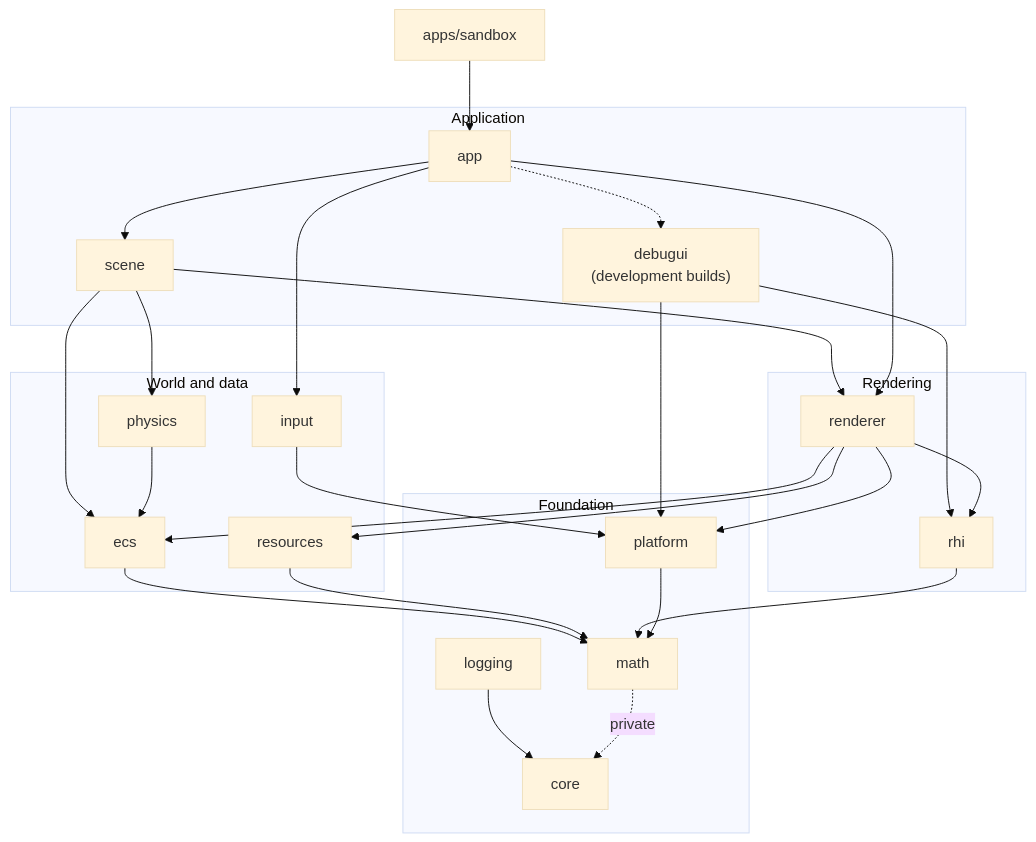
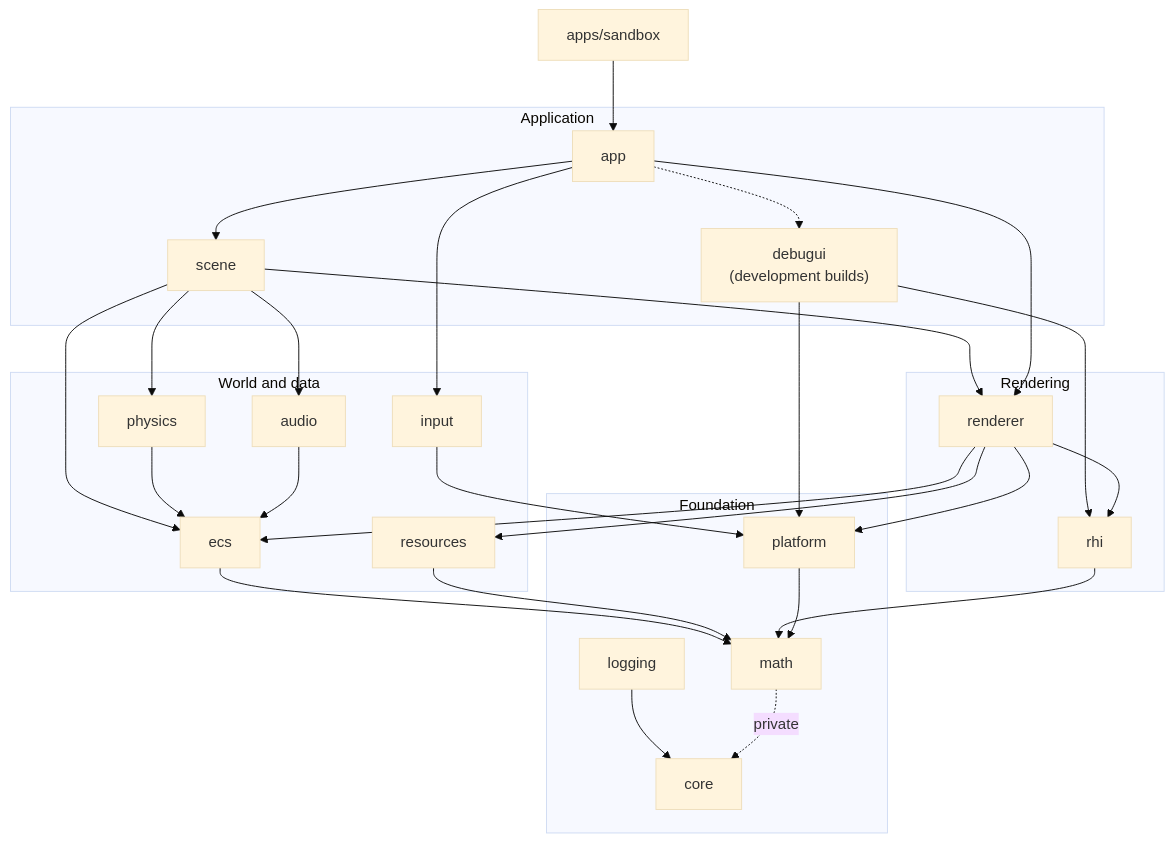
Before and after one commit to SBXdev3D/daidalos-engine-next: the first of 6 diagrams in docs/ARCHITECTURE.md, drawn with Mermaid (base theme). The commit also changed other lines of this file and 28 other files, not shown here.

````diff
--- a/docs/ARCHITECTURE.md
+++ b/docs/ARCHITECTURE.md
@@ -9,51 +9,54 @@
 ```mermaid
 flowchart TD
     sandbox["apps/sandbox"] --> app
 
     subgraph application [Application]
         app
         scene
         debugui["debugui<br/>(development builds)"]
     end
 
     subgraph rendering [Rendering]
         renderer
         rhi
     end
 
     subgraph world [World and data]
         physics
+        audio
         ecs
         resources
         input
     end
 
     subgraph foundation [Foundation]
         platform
         logging
         math
         core
     end
 
     app --> scene
     app --> input
     scene --> renderer
     scene --> ecs
     scene --> physics
+    scene --> audio
     physics --> ecs
+    audio --> ecs
     app -.-> debugui
     app --> renderer
     debugui --> rhi
     debugui --> platform
     renderer --> rhi
     renderer --> ecs
     renderer --> resources
     renderer --> platform
     input --> platform
     ecs --> math
     resources --> math
     rhi --> math
     platform --> math
     logging --> core
     math -. private .-> core
 ```
````
